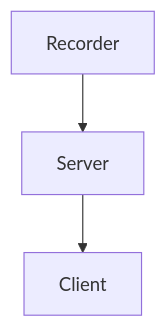
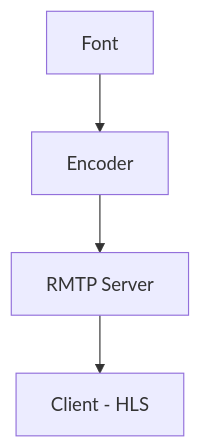
Before and after one commit to Philipelima/rtmp-server: the diagram in README.md, drawn with Mermaid.

Commit message:
feat: README.md

````diff
--- a/README.md
+++ b/README.md
@@ -28,6 +28,7 @@
 ```mermaid 
 
     graph TD;
-        Recorder-->Server-->Client;
+        R[Font]-->e[Encoder]-->S[RMTP Server];
+        S-->C[Client - HLS];
       
 ```
````
